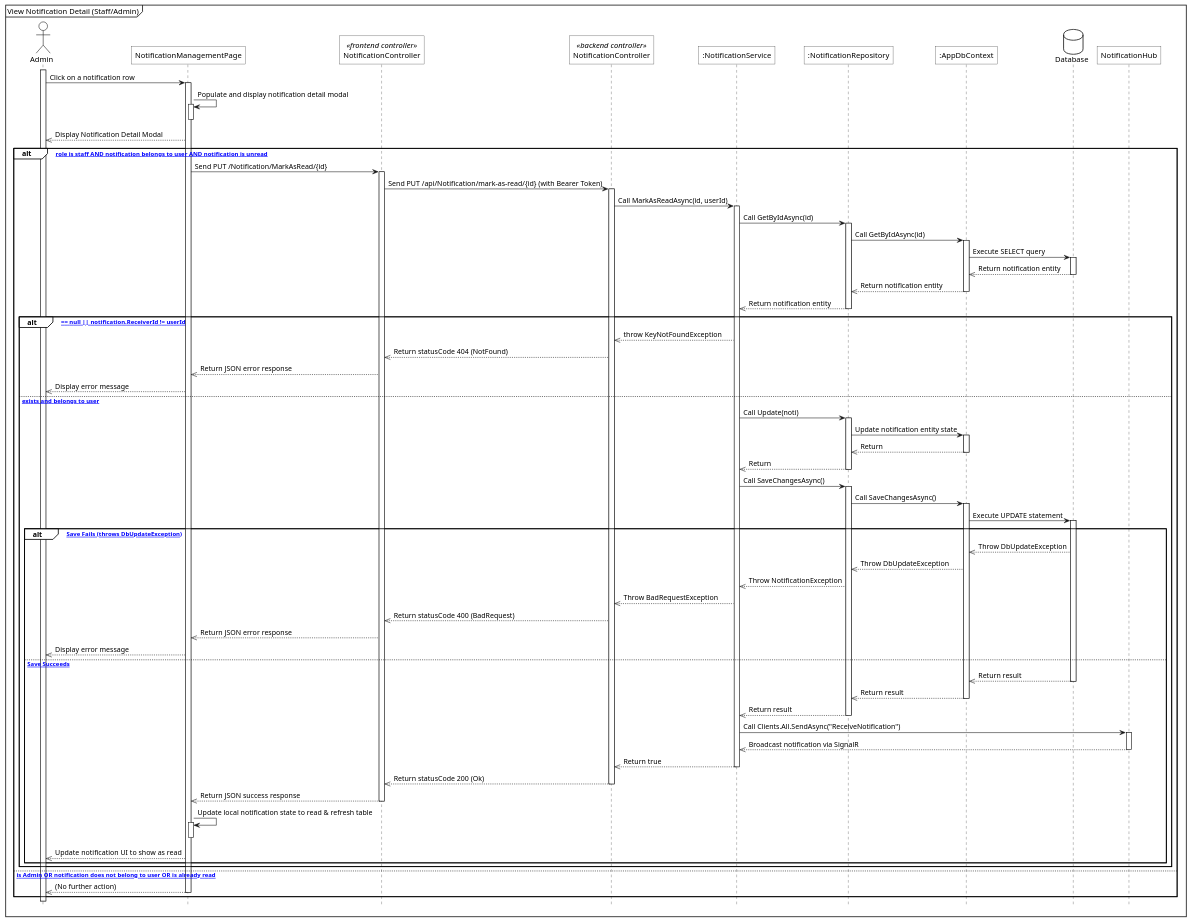
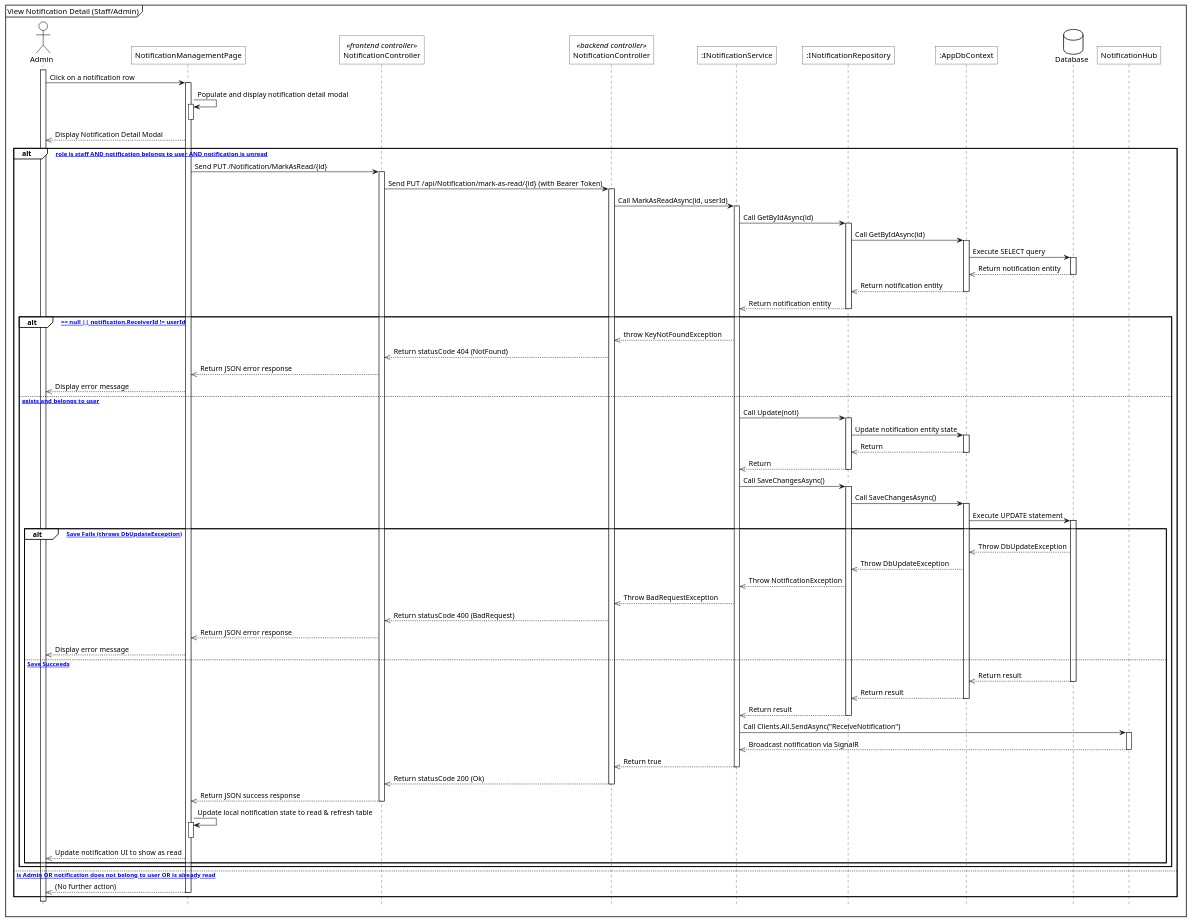
Before and after one commit to 1000do/Linked: the diagram in diagrams/sequence/notification/sq_view_notification_detail_admin.plantuml, drawn with PlantUML. The commit also changed 24 other files, not shown here.

Commit message:
feat: generate sequence diagrams for system features and implement a migration script to standardize diagram naming and error handling patterns

```diff
--- a/diagrams/sequence/notification/sq_view_notification_detail_admin.plantuml
+++ b/diagrams/sequence/notification/sq_view_notification_detail_admin.plantuml
@@ -1,103 +1,103 @@
 @startuml
 <style>
     sequenceDiagram{
         actor{
             BackgroundColor white
             LineThickness 1.0
         }
         participant{
             BackgroundColor white
             RoundCorner 0
         }
         database{
             BackgroundColor white
         }
         groupHeader{
             BackgroundColor white
         }
         referenceHeader{
             BackgroundColor white
         }
         reference{
             BackgroundColor white
         }
     }
 </style>
 
 hide footbox
 
 mainframe View Notification Detail (Staff/Admin)
 
 actor Admin as act
 participant "NotificationManagementPage" as view
 participant "NotificationController" as fe_ctrl <<frontend controller>>
 participant "NotificationController" as be_ctrl <<backend controller>>
-participant ":NotificationService" as sv
-participant ":NotificationRepository" as repo
+participant ":INotificationService" as sv
+participant ":INotificationRepository" as repo
 participant ":AppDbContext" as ctx
 database Database as db
 participant "NotificationHub" as hub
 
 act++
 act->view++: Click on a notification row
 view->view++: Populate and display notification detail modal
 view--
 view-->>act: Display Notification Detail Modal
 
 alt [User role is staff AND notification belongs to user AND notification is unread]
     view->fe_ctrl++: Send PUT /Notification/MarkAsRead/{id}
     fe_ctrl->be_ctrl++: Send PUT /api/Notification/mark-as-read/{id} (with Bearer Token)
     
     be_ctrl->sv++: Call MarkAsReadAsync(id, userId)
     sv->repo++: Call GetByIdAsync(id)
     repo->ctx++: Call GetByIdAsync(id)
     ctx->db++: Execute SELECT query
     db-->>ctx--: Return notification entity
     ctx-->>repo--: Return notification entity
     repo-->>sv--: Return notification entity
     
     alt [notification == null || notification.ReceiverId != userId]
         sv-->>be_ctrl: throw KeyNotFoundException
         be_ctrl-->>fe_ctrl: Return statusCode 404 (NotFound)
         fe_ctrl-->>view: Return JSON error response
         view-->>act: Display error message
     else [notification exists and belongs to user]
         sv->repo++: Call Update(noti)
         repo->ctx++: Update notification entity state
         ctx-->>repo--: Return
         repo-->>sv--: Return
         
         sv->repo++: Call SaveChangesAsync()
         repo->ctx++: Call SaveChangesAsync()
         ctx->db++: Execute UPDATE statement
         
         alt [Database Save Fails (throws DbUpdateException)]
             db-->>ctx: Throw DbUpdateException
             ctx-->>repo: Throw DbUpdateException
             repo-->>sv: Throw NotificationException
             sv-->>be_ctrl: Throw BadRequestException
             be_ctrl-->>fe_ctrl: Return statusCode 400 (BadRequest)
             fe_ctrl-->>view: Return JSON error response
             view-->>act: Display error message
         else [Database Save Succeeds]
             db-->>ctx--: Return result
             ctx-->>repo--: Return result
             repo-->>sv--: Return result
             
             sv->hub++: Call Clients.All.SendAsync("ReceiveNotification")
             hub-->>sv: Broadcast notification via SignalR
             hub--
             
             sv-->>be_ctrl--: Return true
             be_ctrl-->>fe_ctrl--: Return statusCode 200 (Ok)
             fe_ctrl-->>view--: Return JSON success response
             view->view++: Update local notification state to read & refresh table
             view--
             view-->>act: Update notification UI to show as read
         end
     end
 else [User is Admin OR notification does not belong to user OR is already read]
     view-->>act--: (No further action)
 end
 
 @enduml
```
